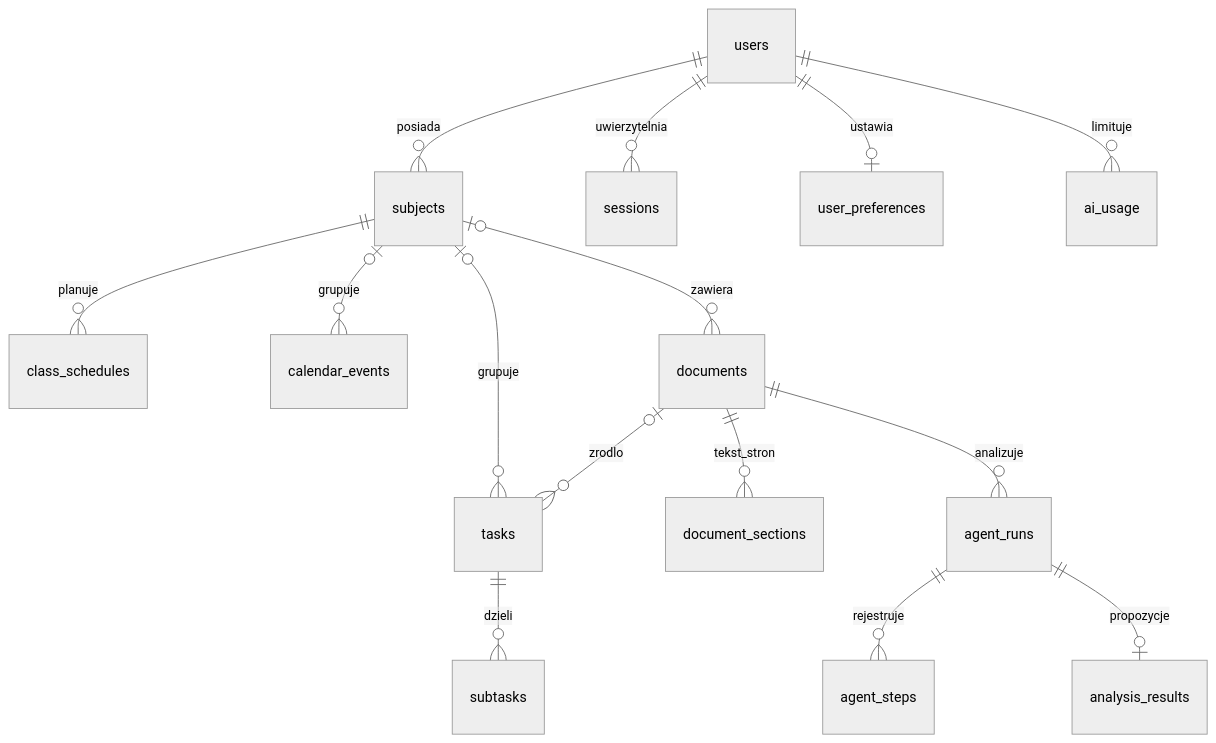
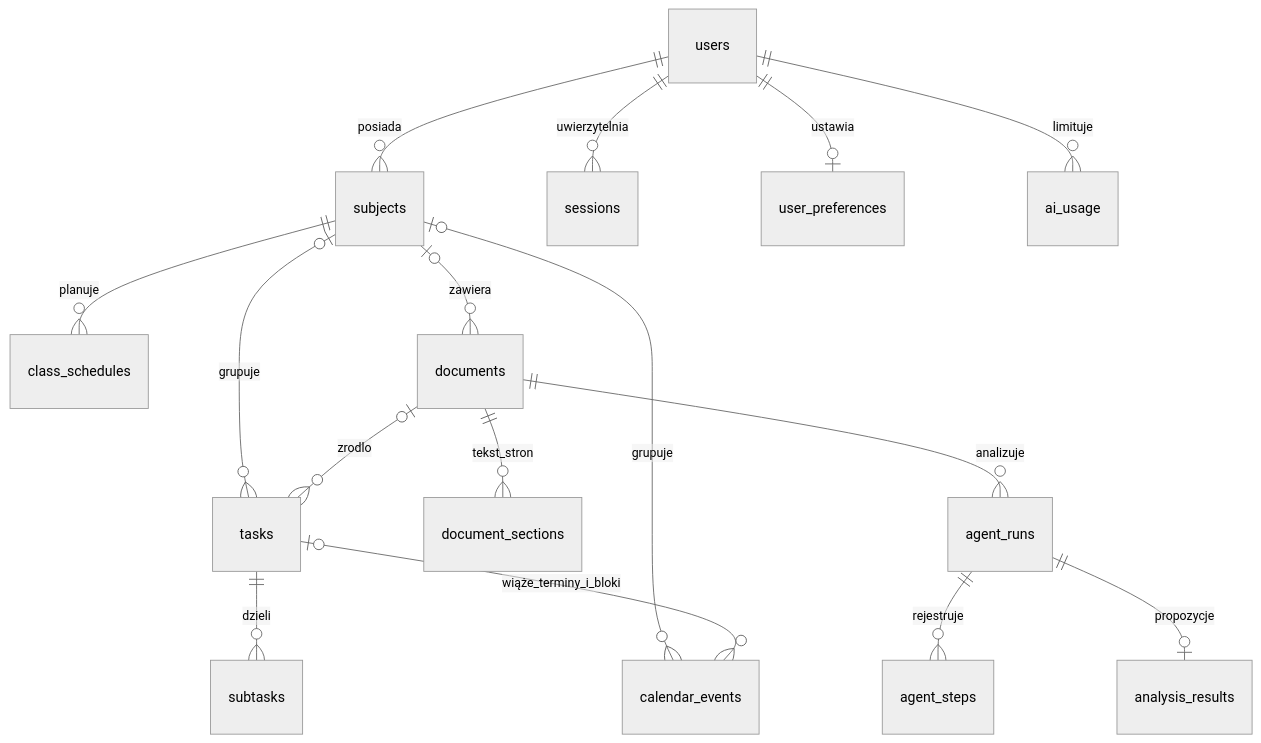
The second of 3 diagrams in docs/ARCHITECTURE.md (recytator/student-os), drawn with Mermaid (neutral theme) before and after one commit. The commit also changed other lines of this file and 9 other files, not shown here.

````diff
--- a/docs/ARCHITECTURE.md
+++ b/docs/ARCHITECTURE.md
@@ -47,17 +47,18 @@
 ```mermaid
 erDiagram
   users ||--o{ subjects : posiada
   users ||--o{ sessions : uwierzytelnia
   users ||--o| user_preferences : ustawia
   users ||--o{ ai_usage : limituje
   subjects ||--o{ class_schedules : planuje
   subjects o|--o{ tasks : grupuje
   subjects o|--o{ calendar_events : grupuje
   subjects o|--o{ documents : zawiera
   tasks ||--o{ subtasks : dzieli
+  tasks o|--o{ calendar_events : wiąże_terminy_i_bloki
   documents ||--o{ document_sections : tekst_stron
   documents ||--o{ agent_runs : analizuje
   documents o|--o{ tasks : zrodlo
   agent_runs ||--o{ agent_steps : rejestruje
   agent_runs ||--o| analysis_results : propozycje
 ```
````
